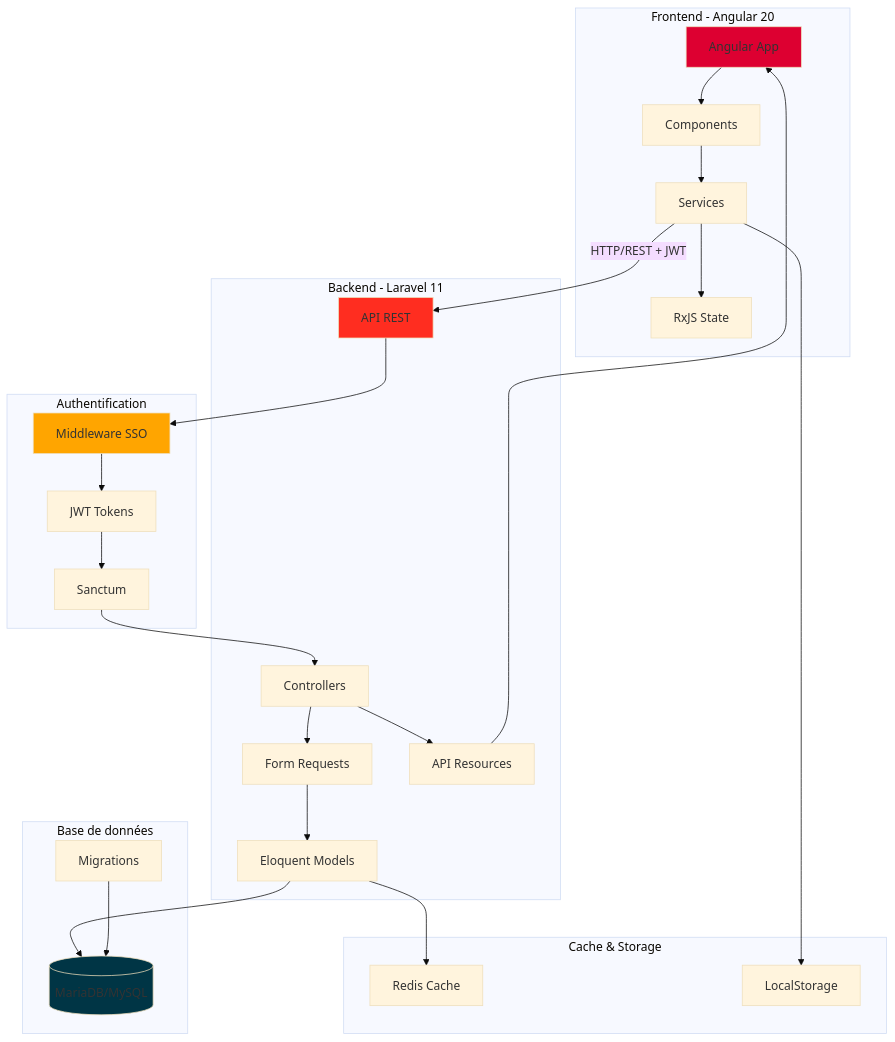
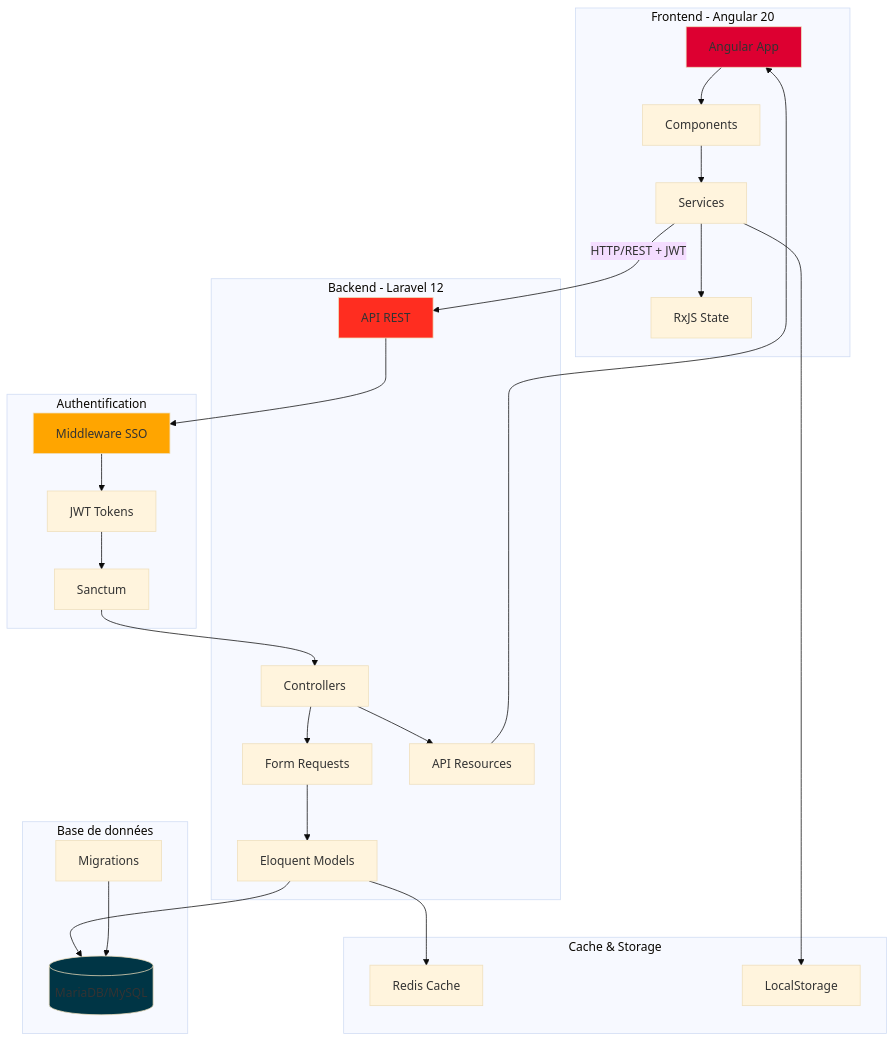
One commit to Ninewashburn/Security-Base changed the first of 3 diagrams in README.md. Above: the diagram before and after it, drawn with Mermaid (base theme). The commit also changed other lines of this file, not shown here.

````diff
--- a/README.md
+++ b/README.md
@@ -187,57 +155,57 @@
 ```mermaid
 graph TB
     subgraph "Frontend - Angular 20"
         A[Angular App]
         B[Components]
         C[Services]
         D[RxJS State]
     end
     
-    subgraph "Backend - Laravel 11"
+    subgraph "Backend - Laravel 12"
         E[API REST]
         F[Controllers]
         G[Form Requests]
         H[Eloquent Models]
         I[API Resources]
     end
     
     subgraph "Authentification"
         J[Middleware SSO]
         K[JWT Tokens]
         L[Sanctum]
     end
     
     subgraph "Base de données"
         M[(MariaDB/MySQL)]
         N[Migrations]
     end
     
     subgraph "Cache & Storage"
         O[Redis Cache]
         P[LocalStorage]
     end
     
     A --> B
     B --> C
     C --> D
     
     C -->|HTTP/REST + JWT| E
     E --> J
     J --> K
     K --> L
     L --> F
     F --> G
     G --> H
     H --> M
     F --> I
     I --> A
     
     H --> O
     C --> P
     N --> M
     
     style A fill:#DD0031
     style E fill:#FF2D20
     style J fill:#FFA500
     style M fill:#003545
 ```
````
